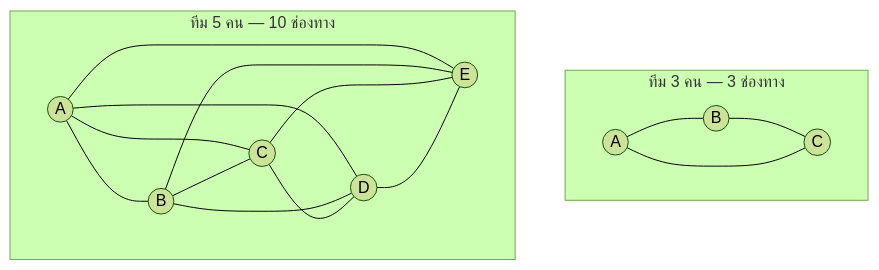
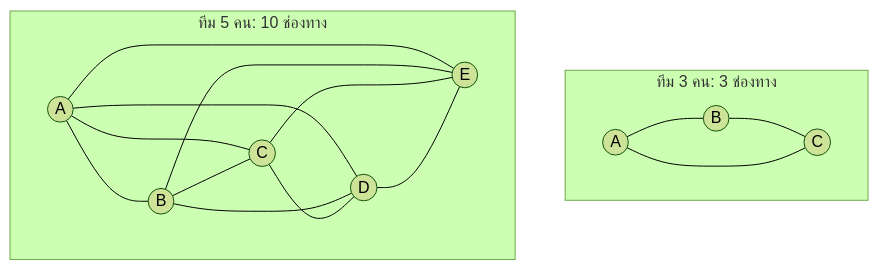
Before and after one commit to CE-SDPX/SDPX-AI: the third of 9 diagrams in readings/05-mythical-man-month.md, drawn with Mermaid (forest theme). The commit also changed other lines of this file and 6 other files, not shown here.

````diff
--- a/readings/05-mythical-man-month.md
+++ b/readings/05-mythical-man-month.md
@@ -125,20 +125,20 @@
 ```mermaid
 flowchart TB
-    subgraph t3["ทีม 3 คน — 3 ช่องทาง"]
+    subgraph t3["ทีม 3 คน: 3 ช่องทาง"]
         A1((A)) --- B1((B))
         B1 --- C1((C))
         A1 --- C1
     end
-    subgraph t5["ทีม 5 คน — 10 ช่องทาง"]
+    subgraph t5["ทีม 5 คน: 10 ช่องทาง"]
         A2((A)) --- B2((B))
         A2 --- C2((C))
         A2 --- D2((D))
         A2 --- E2((E))
         B2 --- C2
         B2 --- D2
         B2 --- E2
         C2 --- D2
         C2 --- E2
         D2 --- E2
     end
 ```
````
